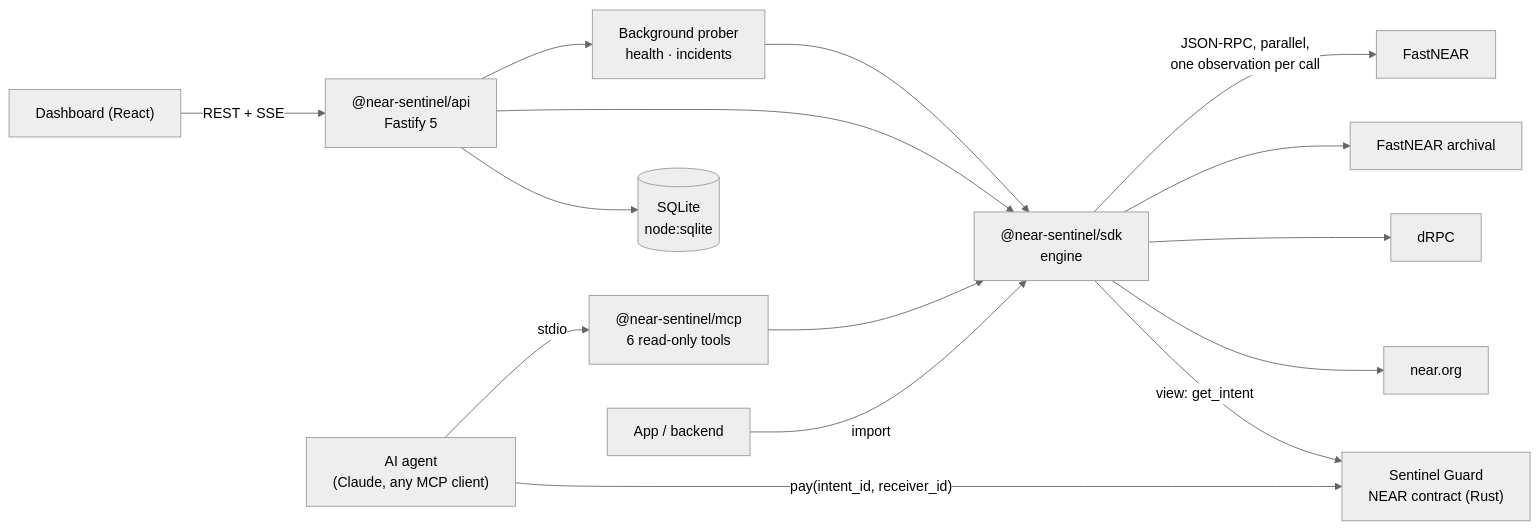
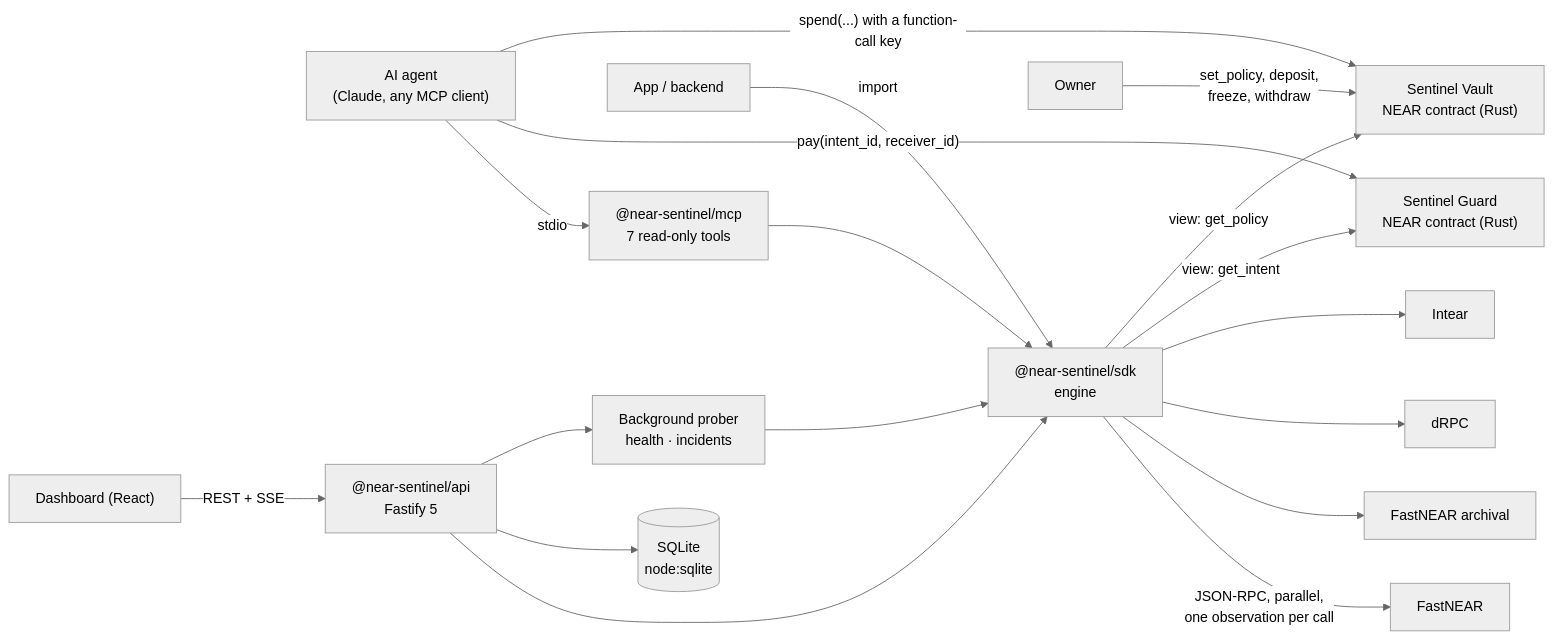
The diagram in docs/architecture/ARCHITECTURE.md (kariosg/near-sentinel), drawn with Mermaid (neutral theme) before and after one commit. The commit also changed other lines of this file and 66 other files, not shown here.

First line of the commit message:
Never pay twice: safety fixes, Sentinel Vault, NEAR AI agent, NEAR Connect

````diff
--- a/docs/architecture/ARCHITECTURE.md
+++ b/docs/architecture/ARCHITECTURE.md
@@ -3,17 +3,20 @@
 ```mermaid
 flowchart LR
-  agent["AI agent<br/>(Claude, any MCP client)"] -->|stdio| mcp["@near-sentinel/mcp<br/>6 read-only tools"]
+  agent["AI agent<br/>(Claude, any MCP client)"] -->|stdio| mcp["@near-sentinel/mcp<br/>7 read-only tools"]
   app["App / backend"] -->|import| sdk
   ui["Dashboard (React)"] -->|REST + SSE| api["@near-sentinel/api<br/>Fastify 5"]
   mcp --> sdk["@near-sentinel/sdk<br/>engine"]
   api --> sdk
   api --> db[("SQLite<br/>node:sqlite")]
   api --> prober["Background prober<br/>health · incidents"]
   prober --> sdk
   sdk -->|JSON-RPC, parallel,<br/>one observation per call| p1["FastNEAR"]
   sdk --> p2["FastNEAR archival"]
   sdk --> p3["dRPC"]
-  sdk --> p4["near.org"]
+  sdk --> p4["Intear"]
   agent -->|"pay(intent_id, receiver_id)"| guard["Sentinel Guard<br/>NEAR contract (Rust)"]
   sdk -->|"view: get_intent"| guard
+  owner["Owner"] -->|"set_policy, deposit,<br/>freeze, withdraw"| vault["Sentinel Vault<br/>NEAR contract (Rust)"]
+  agent -->|"spend(...) with a function-call key"| vault
+  sdk -->|"view: get_policy"| vault
 ```
````
